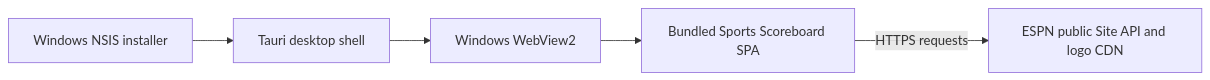
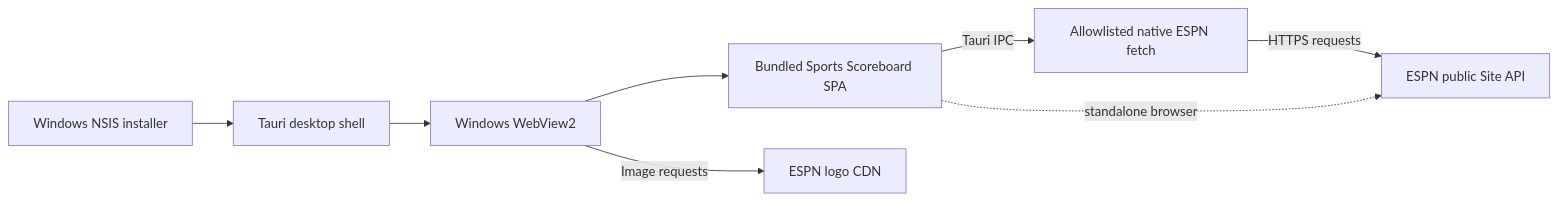
Before and after one commit to RyanMorrisroe/SportsScoreboard-Native: the diagram in README.md, drawn with Mermaid. The commit also changed other lines of this file and 7 other files, not shown here.

Commit message:
Added native proxy for ESPN

````diff
--- a/README.md
+++ b/README.md
@@ -13,7 +13,10 @@
 ```mermaid
 flowchart LR
 	Installer[Windows NSIS installer] --> Tauri[Tauri desktop shell]
 	Tauri --> WebView[Windows WebView2]
 	WebView --> SPA[Bundled Sports Scoreboard SPA]
-	SPA -->|HTTPS requests| ESPN[ESPN public Site API and logo CDN]
+	SPA -->|Tauri IPC| Proxy[Allowlisted native ESPN fetch]
+	Proxy -->|HTTPS requests| ESPN[ESPN public Site API]
+	SPA -. standalone browser .-> ESPN
+	WebView -->|Image requests| ESPNCDN[ESPN logo CDN]
 ```
````
